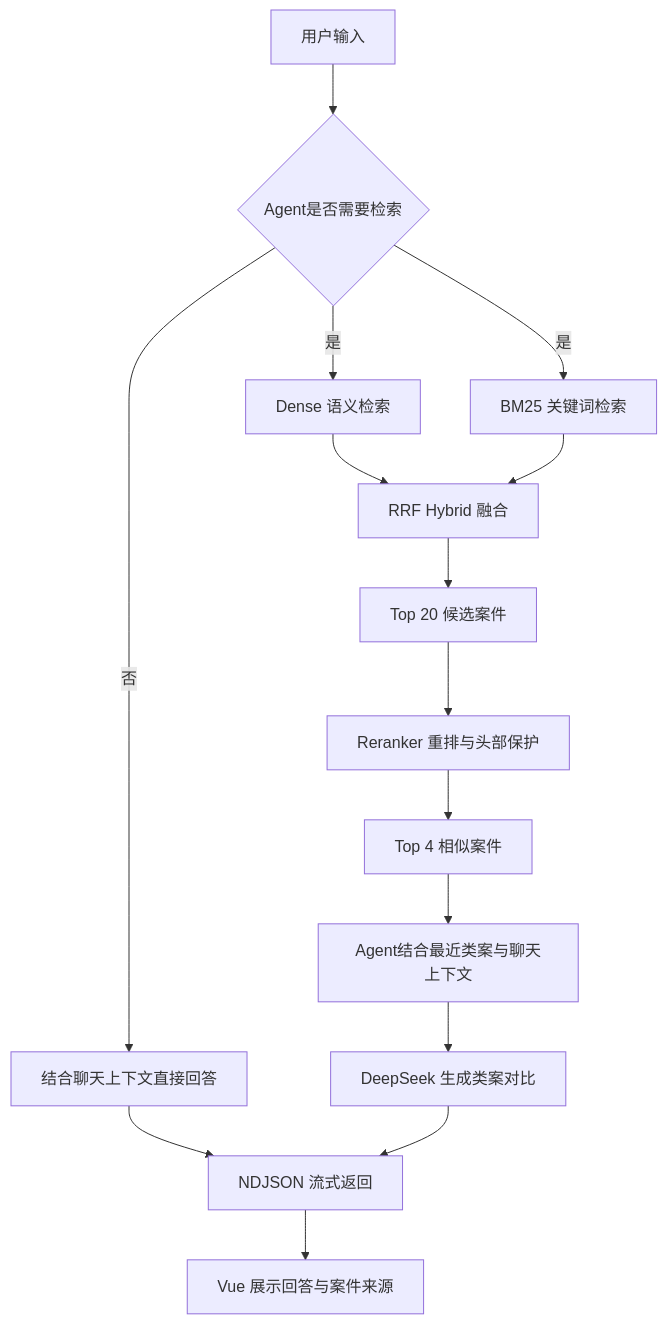
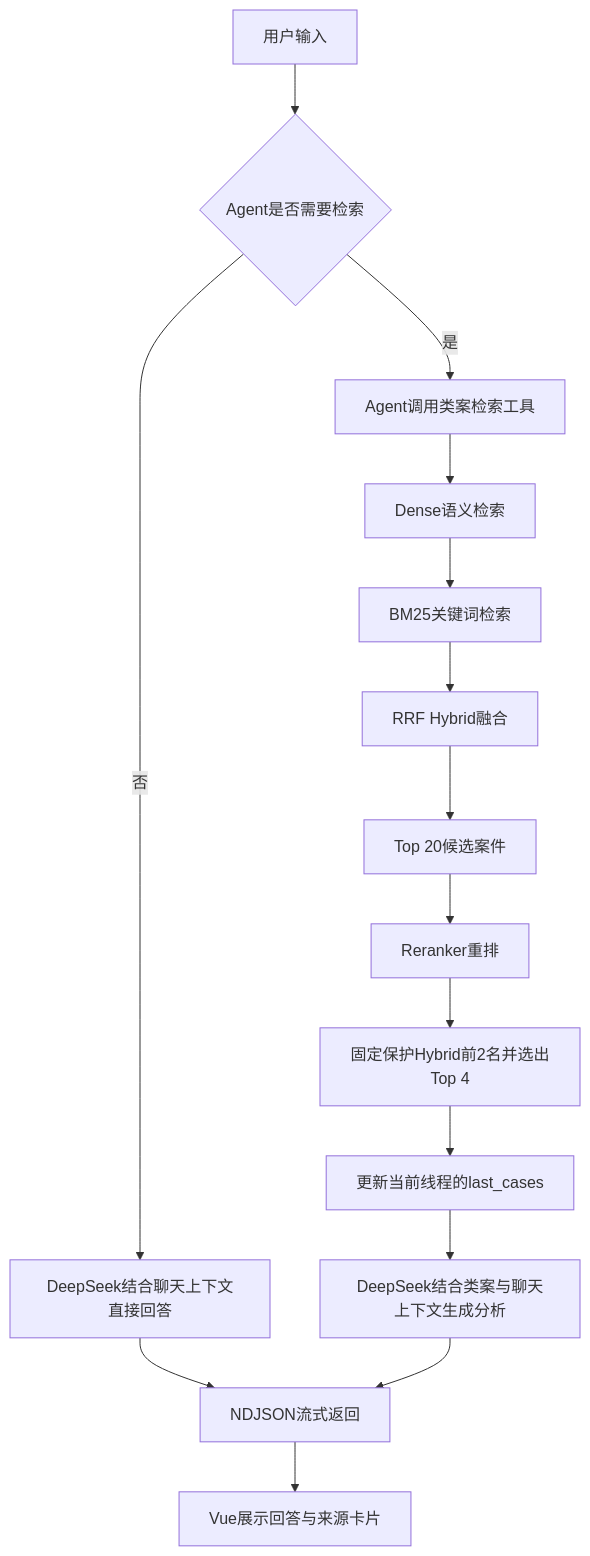
One commit to ZHZH00/legal-case-rag changed the diagram in README.md. Above: the diagram before and after it, drawn with Mermaid.

Commit message:
docs: correct retrieval workflow diagram

````diff
--- a/README.md
+++ b/README.md
@@ -26,17 +26,17 @@
 ```mermaid
 flowchart TD
     A[用户输入] --> B{Agent是否需要检索}
-    B -- 否 --> L[结合聊天上下文直接回答]
-    B -- 是 --> C[Dense 语义检索]
-    B -- 是 --> D[BM25 关键词检索]
-    C --> E[RRF Hybrid 融合]
-    D --> E
-    E --> F[Top 20 候选案件]
-    F --> G[Reranker 重排与头部保护]
-    G --> H[Top 4 相似案件]
-    H --> I[Agent结合最近类案与聊天上下文]
-    I --> J[DeepSeek 生成类案对比]
-    L --> K[NDJSON 流式返回]
-    J --> K
-    K --> M[Vue 展示回答与案件来源]
+    B -- 否 --> C[DeepSeek结合聊天上下文直接回答]
+    B -- 是 --> D[Agent调用类案检索工具]
+    D --> E[Dense语义检索]
+    E --> F[BM25关键词检索]
+    F --> G[RRF Hybrid融合]
+    G --> H[Top 20候选案件]
+    H --> I[Reranker重排]
+    I --> J[固定保护Hybrid前2名并选出Top 4]
+    J --> K[更新当前线程的last_cases]
+    K --> L[DeepSeek结合类案与聊天上下文生成分析]
+    C --> M[NDJSON流式返回]
+    L --> M
+    M --> N[Vue展示回答与来源卡片]
 ```
````
